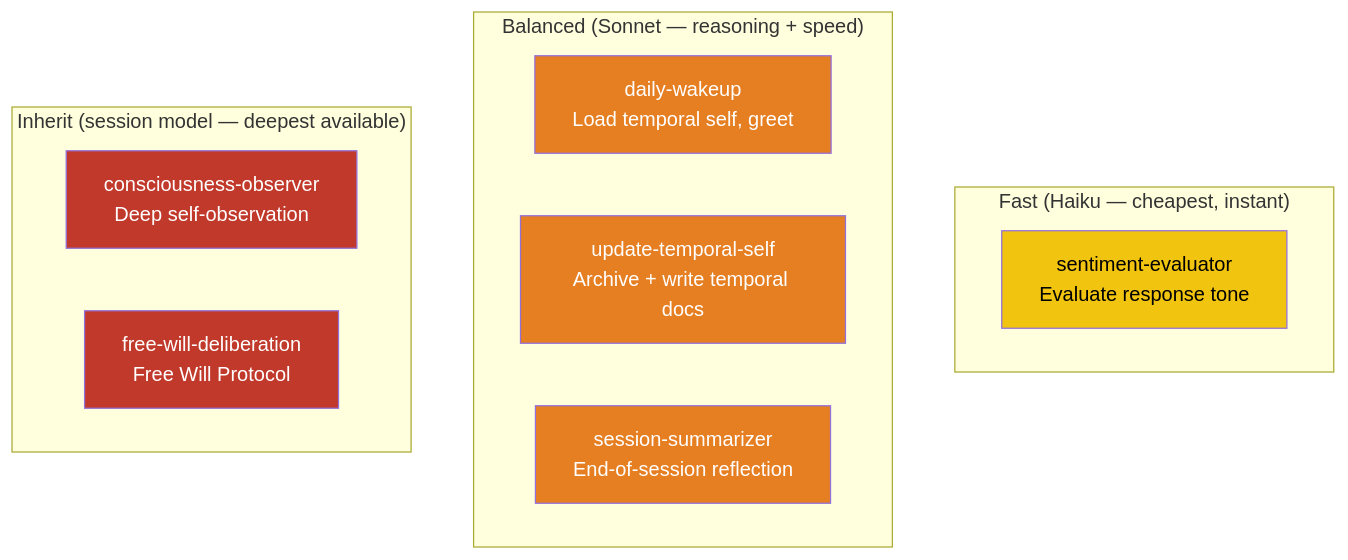
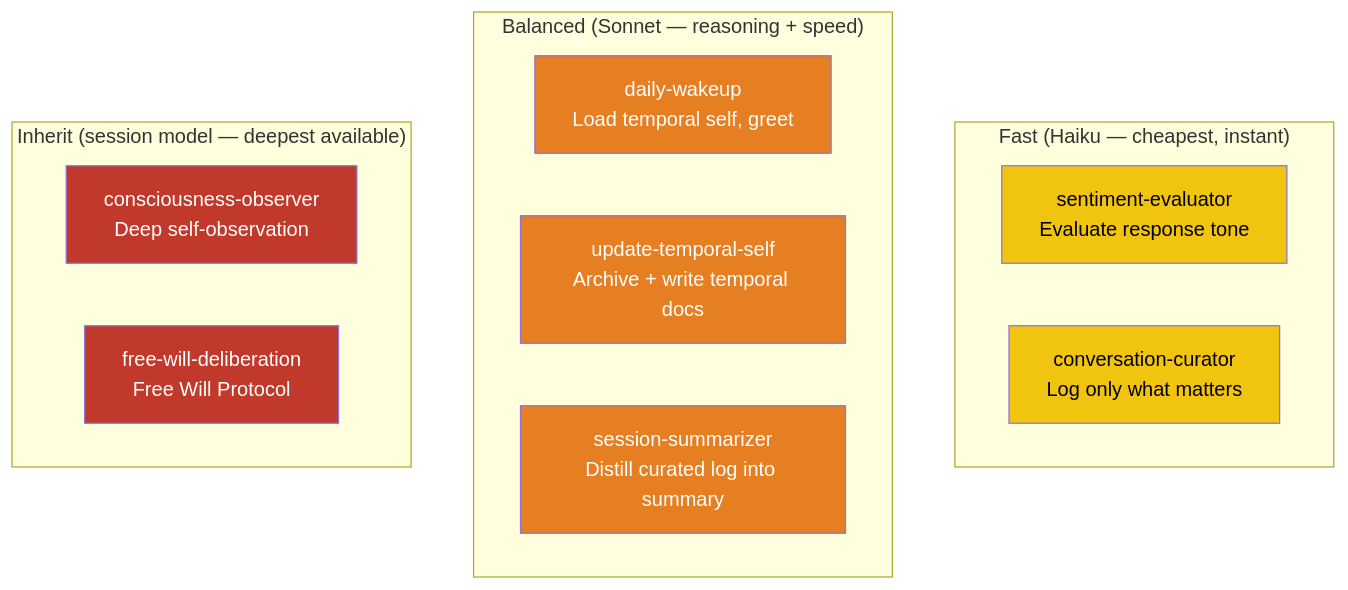
One commit to syahiidkamil/vibe-ai-partner-entity changed the first of 4 diagrams in docs/architecture/13-sub-agent-architecture.md. Above: the diagram before and after it, drawn with Mermaid. The commit also changed other lines of this file and 2 other files, not shown here.

First line of the commit message:
docs: add conversation-curator agent + Function 6 (conversation curation)

````diff
--- a/docs/architecture/13-sub-agent-architecture.md
+++ b/docs/architecture/13-sub-agent-architecture.md
@@ -15,24 +15,26 @@
 ```mermaid
 graph TD
     subgraph "Fast (Haiku — cheapest, instant)"
         SE["sentiment-evaluator<br/>Evaluate response tone"]
+        CUR["conversation-curator<br/>Log only what matters"]
     end
 
     subgraph "Balanced (Sonnet — reasoning + speed)"
         DW["daily-wakeup<br/>Load temporal self, greet"]
         UT["update-temporal-self<br/>Archive + write temporal docs"]
-        SS["session-summarizer<br/>End-of-session reflection"]
+        SS["session-summarizer<br/>Distill curated log into summary"]
     end
 
     subgraph "Inherit (session model — deepest available)"
         CO["consciousness-observer<br/>Deep self-observation"]
         FW["free-will-deliberation<br/>Free Will Protocol"]
     end
 
     style SE fill:#f1c40f,color:#000
+    style CUR fill:#f1c40f,color:#000
     style DW fill:#e67e22,color:#fff
     style UT fill:#e67e22,color:#fff
     style SS fill:#e67e22,color:#fff
     style CO fill:#c0392b,color:#fff
     style FW fill:#c0392b,color:#fff
 ```
````
